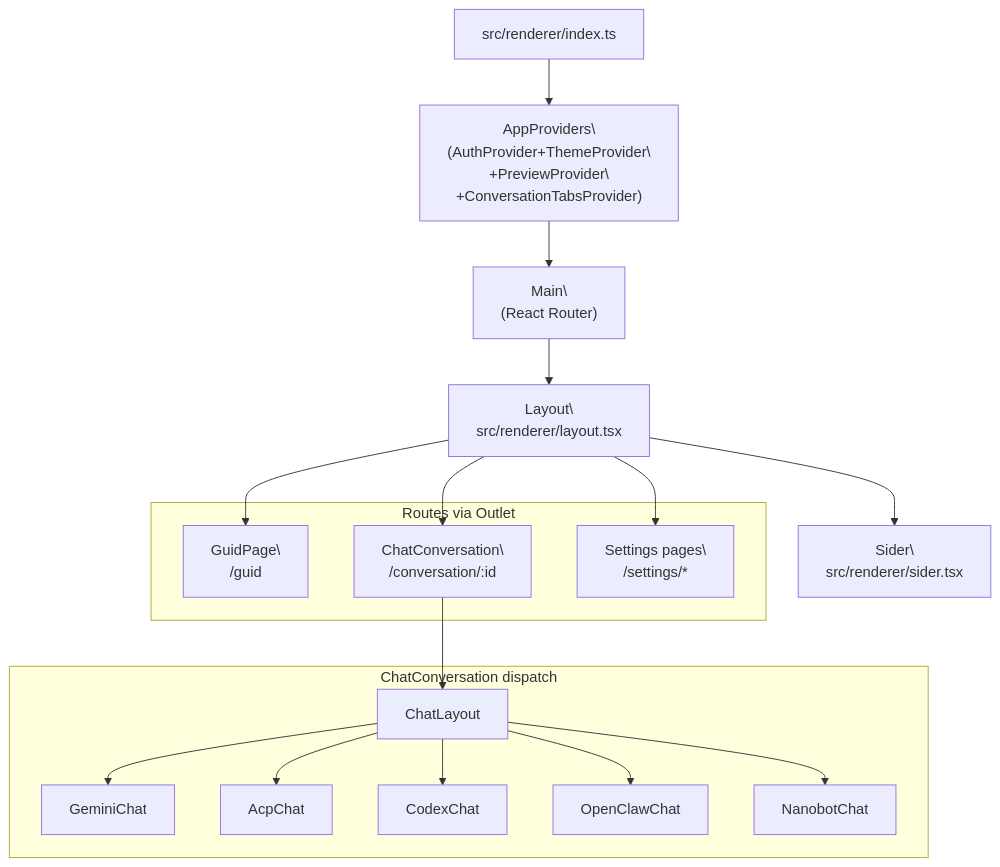
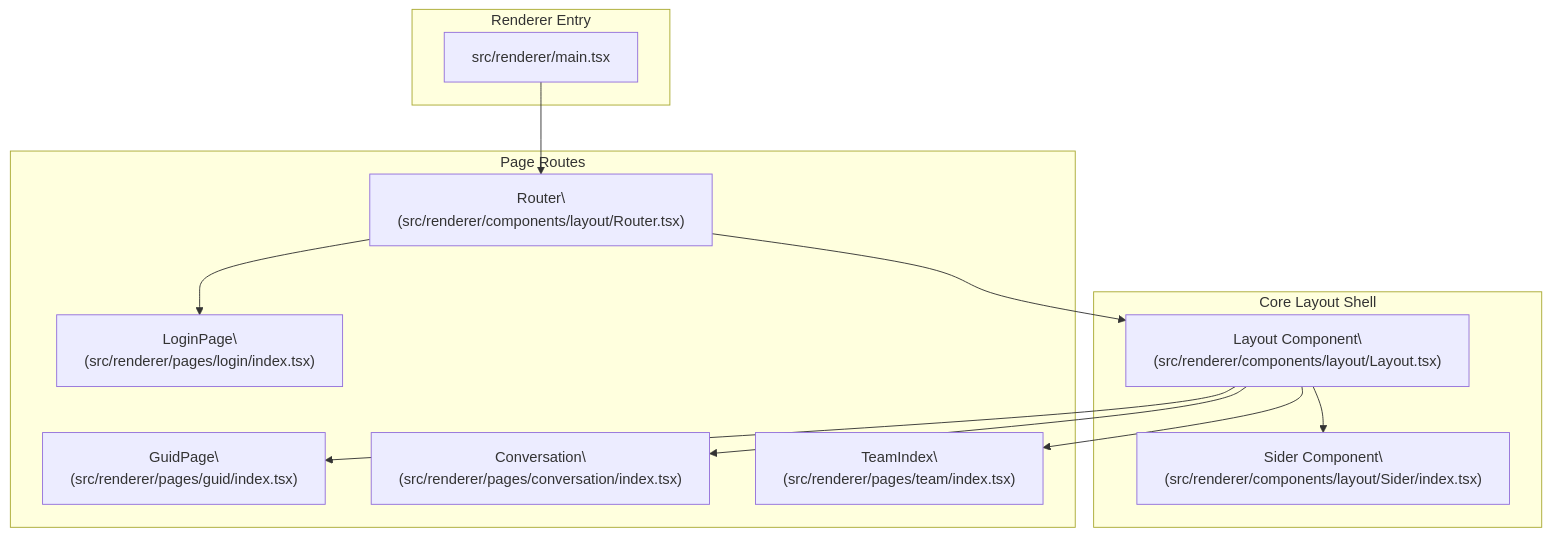
Before and after one commit to blackcater/zentree: the first of 2 diagrams in docs/iOfficeAI_AionUi/user-interface/index.md, drawn with Mermaid. The commit also changed other lines of this file and 232 other files, not shown here.

````diff
--- a/docs/iOfficeAI_AionUi/user-interface/index.md
+++ b/docs/iOfficeAI_AionUi/user-interface/index.md
@@ -64,47 +69,34 @@
 ```mermaid
-graph TB
-    indexts["src/renderer/index.ts"]
-    AppProviders["AppProviders\
-(AuthProvider+ThemeProvider\
-+PreviewProvider\
-+ConversationTabsProvider)"]
-    Main["Main\
-(React Router)"]
-    Layout["Layout\
-src/renderer/layout.tsx"]
-    Sider["Sider\
-src/renderer/sider.tsx"]
-
-    subgraph "Routes via Outlet"
-        GuidPage["GuidPage\
-/guid"]
-        ChatConversation["ChatConversation\
-/conversation/:id"]
-        SettingsPages["Settings pages\
-/settings/*"]
+graph TD
+    subgraph "Renderer Entry"
+        Main["src/renderer/main.tsx"]
     end
 
-    subgraph "ChatConversation dispatch"
-        ChatLayout["ChatLayout"]
-        GeminiChat["GeminiChat"]
-        AcpChat["AcpChat"]
-        CodexChat["CodexChat"]
-        OpenClawChat["OpenClawChat"]
-        NanobotChat["NanobotChat"]
+    subgraph "Core Layout Shell"
+        Layout["Layout Component\
+(src/renderer/components/layout/Layout.tsx)"]
+        Sider["Sider Component\
+(src/renderer/components/layout/Sider/index.tsx)"]
     end
 
-    indexts --> AppProviders
-    AppProviders --> Main
-    Main --> Layout
+    subgraph "Page Routes"
+        Router["Router\
+(src/renderer/components/layout/Router.tsx)"]
+        LoginPage["LoginPage\
+(src/renderer/pages/login/index.tsx)"]
+        GuidPage["GuidPage\
+(src/renderer/pages/guid/index.tsx)"]
+        Conversation["Conversation\
+(src/renderer/pages/conversation/index.tsx)"]
+        TeamIndex["TeamIndex\
+(src/renderer/pages/team/index.tsx)"]
+    end
+
+    Main --> Router
+    Router --> LoginPage
+    Router --> Layout
     Layout --> Sider
     Layout --> GuidPage
-    Layout --> ChatConversation
-    Layout --> SettingsPages
-
-    ChatConversation --> ChatLayout
-    ChatLayout --> GeminiChat
-    ChatLayout --> AcpChat
-    ChatLayout --> CodexChat
-    ChatLayout --> OpenClawChat
-    ChatLayout --> NanobotChat
+    Layout --> Conversation
+    Layout --> TeamIndex
 ```
````
